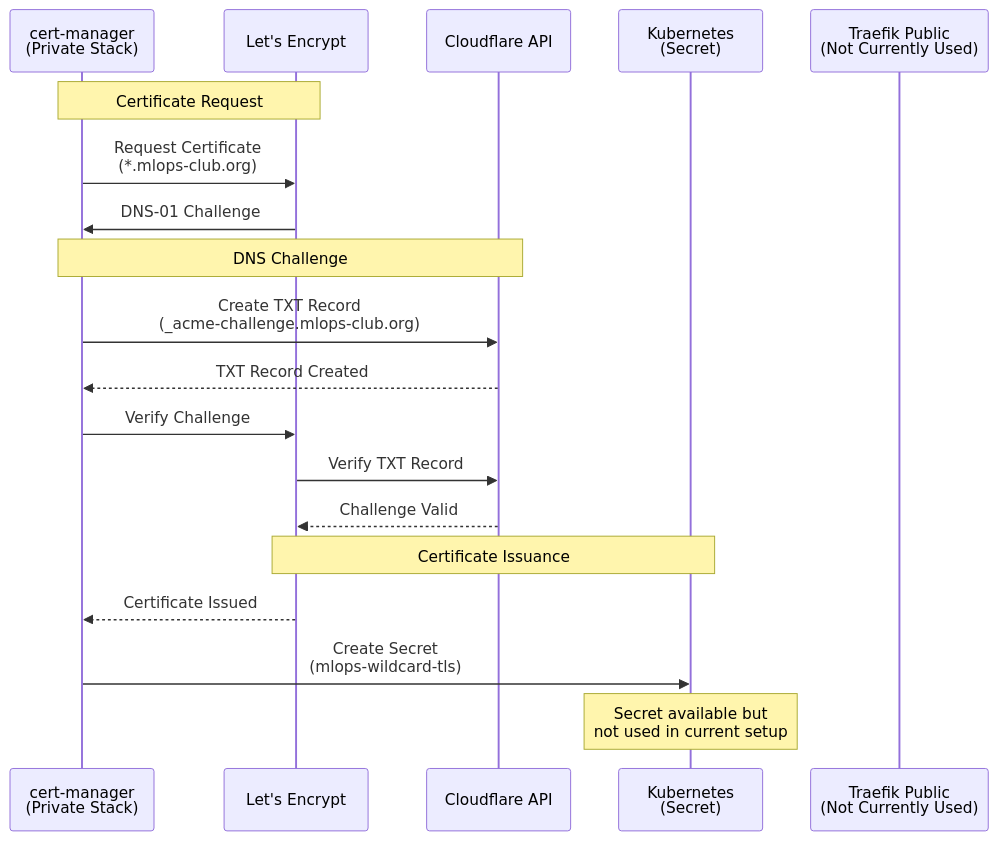
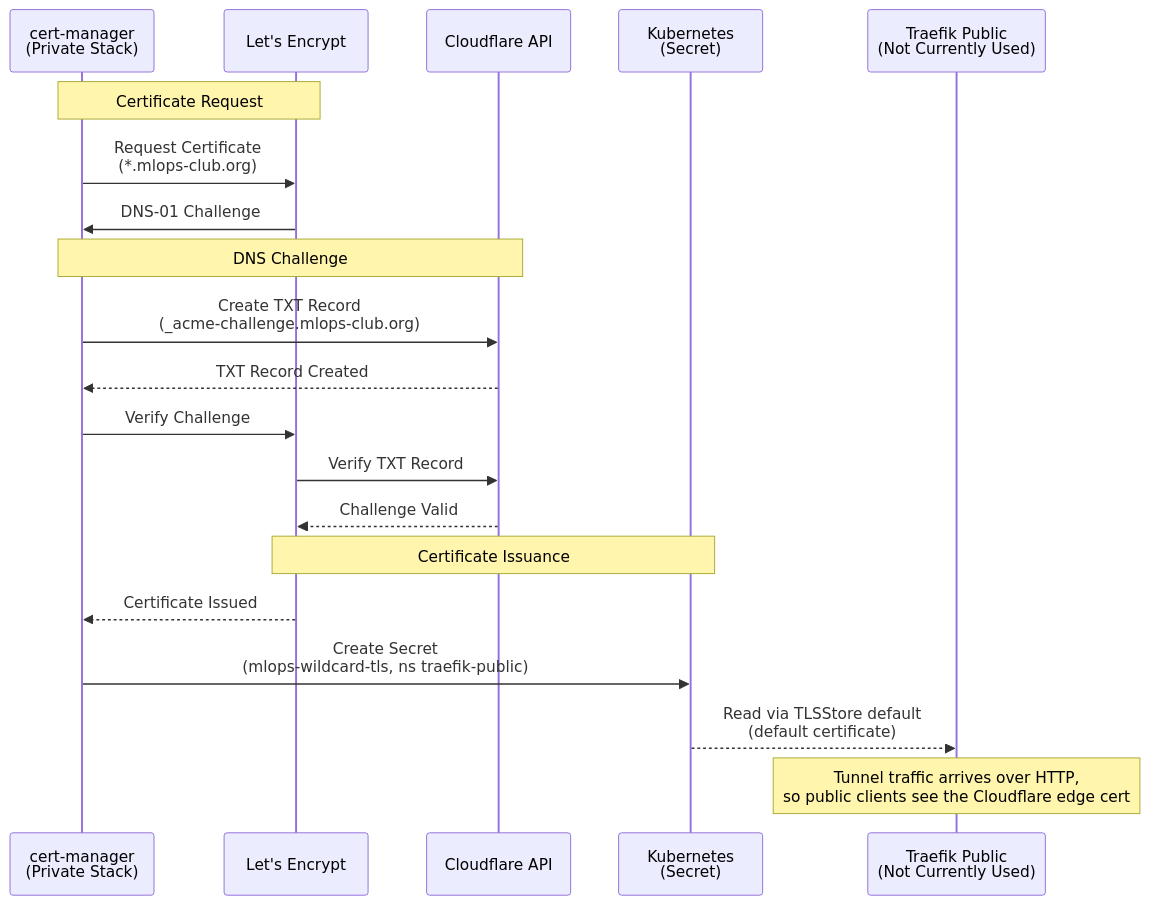
The fourth of 4 diagrams in network/public/README.md (mlops-club/homelab-cluster), drawn with Mermaid before and after one commit. The commit also changed other lines of this file and 40 other files, not shown here.

First line of the commit message:
refactor(network): default TLSStore per Traefik, remove Reflector (#48)

````diff
--- a/network/public/README.md
+++ b/network/public/README.md
@@ -130,24 +130,25 @@
 ```mermaid
 sequenceDiagram
     participant CM as cert-manager<br/>(Private Stack)
     participant LE as Let's Encrypt
     participant CF as Cloudflare API
     participant K8s as Kubernetes<br/>(Secret)
     participant Traefik as Traefik Public<br/>(Not Currently Used)
-    
+
     Note over CM,LE: Certificate Request
     CM->>LE: Request Certificate<br/>(*.mlops-club.org)
     LE->>CM: DNS-01 Challenge
-    
+
     Note over CM,CF: DNS Challenge
     CM->>CF: Create TXT Record<br/>(_acme-challenge.mlops-club.org)
     CF-->>CM: TXT Record Created
     CM->>LE: Verify Challenge
     LE->>CF: Verify TXT Record
     CF-->>LE: Challenge Valid
-    
+
     Note over LE,K8s: Certificate Issuance
     LE-->>CM: Certificate Issued
-    CM->>K8s: Create Secret<br/>(mlops-wildcard-tls)
-    Note over K8s: Secret available but<br/>not used in current setup
+    CM->>K8s: Create Secret<br/>(mlops-wildcard-tls, ns traefik-public)
+    K8s-->>Traefik: Read via TLSStore default<br/>(default certificate)
+    Note over Traefik: Tunnel traffic arrives over HTTP,<br/>so public clients see the Cloudflare edge cert
 ```
````
